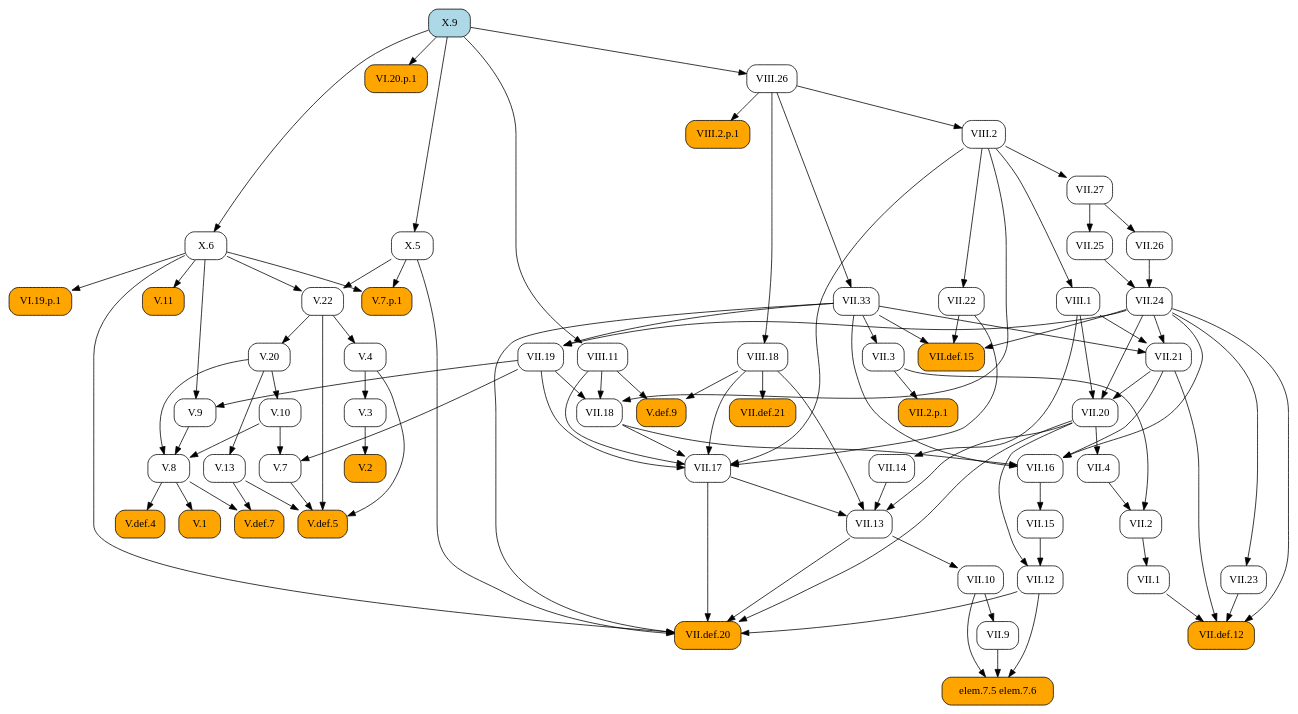
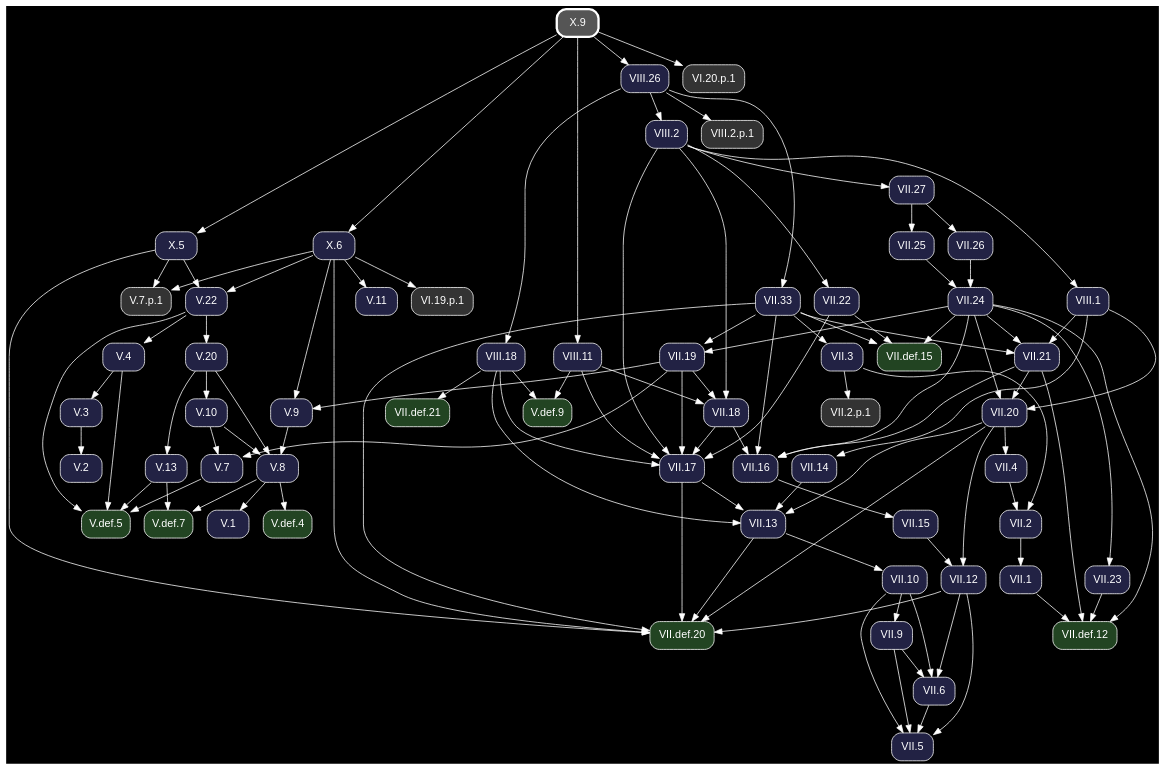
One commit to geometor/elements changed the diagram in docsrc/heath/X/9/index.rst. Above: the diagram before and after it, drawn with Graphviz. The commit also changed other lines of this file and 1200 other files, not shown here.

Commit message:
update dependency graphs

```diff
--- a/docsrc/heath/X/9/index.rst
+++ b/docsrc/heath/X/9/index.rst
@@ -76,117 +76,84 @@
 .. graphviz::
 
    digraph {
+     bgcolor="black";
+     node [shape=box, style="rounded,filled", fontname="Helvetica", color="white", fontcolor="white"];
+     edge [color="white", fontcolor="white"];
      rankdir="TB";
-     node [shape=box, style=rounded];
-     "VII.33" [URL="/heath/VII/33/", target="_top"];
-     "VII.12" [URL="/heath/VII/12/", target="_top"];
-     "elem.7.5 elem.7.6" [style="rounded,filled", fillcolor=orange];
-     "X.9" [style="rounded,filled", fillcolor=lightblue, URL="/heath/X/9/", target="_top"];
-     "VII.9" [URL="/heath/VII/9/", target="_top"];
-     "V.13" [URL="/heath/V/13/", target="_top"];
-     "VIII.2" [URL="/heath/VIII/2/", target="_top"];
-     "VII.18" [URL="/heath/VII/18/", target="_top"];
-     "VII.16" [URL="/heath/VII/16/", target="_top"];
-     "V.7" [URL="/heath/V/7/", target="_top"];
-     "V.7.p.1" [style="rounded,filled", fillcolor=orange];
-     "VII.26" [URL="/heath/VII/26/", target="_top"];
-     "V.def.5" [style="rounded,filled", fillcolor=orange, URL="/heath/V/def.5/", target="_top"];
-     "X.6" [URL="/heath/X/6/", target="_top"];
-     "V.9" [URL="/heath/V/9/", target="_top"];
-     "VII.10" [URL="/heath/VII/10/", target="_top"];
-     "VII.13" [URL="/heath/VII/13/", target="_top"];
-     "VIII.18" [URL="/heath/VIII/18/", target="_top"];
-     "V.10" [URL="/heath/V/10/", target="_top"];
-     "V.4" [URL="/heath/V/4/", target="_top"];
-     "VII.def.15" [style="rounded,filled", fillcolor=orange, URL="/heath/VII/def.15/", target="_top"];
-     "V.20" [URL="/heath/V/20/", target="_top"];
-     "VI.20.p.1" [style="rounded,filled", fillcolor=orange];
-     "V.11" [style="rounded,filled", fillcolor=orange, URL="/heath/V/11/", target="_top"];
-     "VIII.2.p.1" [style="rounded,filled", fillcolor=orange];
-     "VII.17" [URL="/heath/VII/17/", target="_top"];
-     "VIII.11" [URL="/heath/VIII/11/", target="_top"];
-     "VII.19" [URL="/heath/VII/19/", target="_top"];
-     "VII.def.20" [style="rounded,filled", fillcolor=orange, URL="/heath/VII/def.20/", target="_top"];
-     "VII.2" [URL="/heath/VII/2/", target="_top"];
-     "VII.15" [URL="/heath/VII/15/", target="_top"];
-     "VII.2.p.1" [style="rounded,filled", fillcolor=orange];
-     "V.def.4" [style="rounded,filled", fillcolor=orange, URL="/heath/V/def.4/", target="_top"];
-     "V.2" [style="rounded,filled", fillcolor=orange, URL="/heath/V/2/", target="_top"];
-     "V.def.7" [style="rounded,filled", fillcolor=orange, URL="/heath/V/def.7/", target="_top"];
-     "VII.14" [URL="/heath/VII/14/", target="_top"];
-     "V.3" [URL="/heath/V/3/", target="_top"];
-     "VII.27" [URL="/heath/VII/27/", target="_top"];
-     "X.5" [URL="/heath/X/5/", target="_top"];
-     "VII.21" [URL="/heath/VII/21/", target="_top"];
-     "VI.19.p.1" [style="rounded,filled", fillcolor=orange];
-     "VII.22" [URL="/heath/VII/22/", target="_top"];
-     "VII.25" [URL="/heath/VII/25/", target="_top"];
-     "VIII.1" [URL="/heath/VIII/1/", target="_top"];
-     "VII.1" [URL="/heath/VII/1/", target="_top"];
-     "V.8" [URL="/heath/V/8/", target="_top"];
-     "VII.23" [URL="/heath/VII/23/", target="_top"];
-     "VII.4" [URL="/heath/VII/4/", target="_top"];
-     "VII.20" [URL="/heath/VII/20/", target="_top"];
-     "VII.def.12" [style="rounded,filled", fillcolor=orange, URL="/heath/VII/def.12/", target="_top"];
-     "V.22" [URL="/heath/V/22/", target="_top"];
-     "V.1" [style="rounded,filled", fillcolor=orange, URL="/heath/V/1/", target="_top"];
-     "V.def.9" [style="rounded,filled", fillcolor=orange, URL="/heath/V/def.9/", target="_top"];
-     "VII.3" [URL="/heath/VII/3/", target="_top"];
-     "VII.24" [URL="/heath/VII/24/", target="_top"];
-     "VIII.26" [URL="/heath/VIII/26/", target="_top"];
-     "VII.def.21" [style="rounded,filled", fillcolor=orange, URL="/heath/VII/def.21/", target="_top"];
+     "VII.33" [fillcolor="#222244", URL="/heath/VII/33/", target="_top"];
+     "V.22" [fillcolor="#222244", URL="/heath/V/22/", target="_top"];
+     "V.def.5" [fillcolor="#224422", URL="/heath/V/def.5/", target="_top"];
+     "X.6" [fillcolor="#222244", URL="/heath/X/6/", target="_top"];
+     "V.def.9" [fillcolor="#224422", URL="/heath/V/def.9/", target="_top"];
+     "VII.18" [fillcolor="#222244", URL="/heath/VII/18/", target="_top"];
+     "VII.2" [fillcolor="#222244", URL="/heath/VII/2/", target="_top"];
+     "VIII.26" [fillcolor="#222244", URL="/heath/VIII/26/", target="_top"];
+     "VII.def.20" [fillcolor="#224422", URL="/heath/VII/def.20/", target="_top"];
+     "VII.26" [fillcolor="#222244", URL="/heath/VII/26/", target="_top"];
+     "VII.1" [fillcolor="#222244", URL="/heath/VII/1/", target="_top"];
+     "VII.13" [fillcolor="#222244", URL="/heath/VII/13/", target="_top"];
+     "VI.19.p.1" [fillcolor="#333333"];
+     "VIII.2.p.1" [fillcolor="#333333"];
+     "VII.27" [fillcolor="#222244", URL="/heath/VII/27/", target="_top"];
+     "VII.4" [fillcolor="#222244", URL="/heath/VII/4/", target="_top"];
+     "VII.25" [fillcolor="#222244", URL="/heath/VII/25/", target="_top"];
+     "V.4" [fillcolor="#222244", URL="/heath/V/4/", target="_top"];
+     "VII.14" [fillcolor="#222244", URL="/heath/VII/14/", target="_top"];
+     "VI.20.p.1" [fillcolor="#333333"];
+     "VII.21" [fillcolor="#222244", URL="/heath/VII/21/", target="_top"];
+     "VII.9" [fillcolor="#222244", URL="/heath/VII/9/", target="_top"];
+     "V.7" [fillcolor="#222244", URL="/heath/V/7/", target="_top"];
+     "VII.12" [fillcolor="#222244", URL="/heath/VII/12/", target="_top"];
+     "V.9" [fillcolor="#222244", URL="/heath/V/9/", target="_top"];
+     "VII.17" [fillcolor="#222244", URL="/heath/VII/17/", target="_top"];
+     "VII.24" [fillcolor="#222244", URL="/heath/VII/24/", target="_top"];
+     "VII.22" [fillcolor="#222244", URL="/heath/VII/22/", target="_top"];
+     "VIII.2" [fillcolor="#222244", URL="/heath/VIII/2/", target="_top"];
+     "V.11" [fillcolor="#222244", URL="/heath/V/11/", target="_top"];
+     "V.def.7" [fillcolor="#224422", URL="/heath/V/def.7/", target="_top"];
+     "VII.20" [fillcolor="#222244", URL="/heath/VII/20/", target="_top"];
+     "X.9" [penwidth=3, color="white", fillcolor="#555555", URL="/heath/X/9/", target="_top"];
+     "V.def.4" [fillcolor="#224422", URL="/heath/V/def.4/", target="_top"];
+     "VIII.18" [fillcolor="#222244", URL="/heath/VIII/18/", target="_top"];
+     "V.20" [fillcolor="#222244", URL="/heath/V/20/", target="_top"];
+     "VII.5" [fillcolor="#222244", URL="/heath/VII/5/", target="_top"];
+     "X.5" [fillcolor="#222244", URL="/heath/X/5/", target="_top"];
+     "VII.def.15" [fillcolor="#224422", URL="/heath/VII/def.15/", target="_top"];
+     "VII.2.p.1" [fillcolor="#333333"];
+     "VII.6" [fillcolor="#222244", URL="/heath/VII/6/", target="_top"];
+     "VII.16" [fillcolor="#222244", URL="/heath/VII/16/", target="_top"];
+     "VII.15" [fillcolor="#222244", URL="/heath/VII/15/", target="_top"];
+     "V.2" [fillcolor="#222244", URL="/heath/V/2/", target="_top"];
+     "V.1" [fillcolor="#222244", URL="/heath/V/1/", target="_top"];
+     "VII.10" [fillcolor="#222244", URL="/heath/VII/10/", target="_top"];
+     "VII.23" [fillcolor="#222244", URL="/heath/VII/23/", target="_top"];
+     "VII.def.12" [fillcolor="#224422", URL="/heath/VII/def.12/", target="_top"];
+     "VII.19" [fillcolor="#222244", URL="/heath/VII/19/", target="_top"];
+     "VII.def.21" [fillcolor="#224422", URL="/heath/VII/def.21/", target="_top"];
+     "VIII.1" [fillcolor="#222244", URL="/heath/VIII/1/", target="_top"];
+     "V.7.p.1" [fillcolor="#333333"];
+     "V.8" [fillcolor="#222244", URL="/heath/V/8/", target="_top"];
+     "V.13" [fillcolor="#222244", URL="/heath/V/13/", target="_top"];
+     "VII.3" [fillcolor="#222244", URL="/heath/VII/3/", target="_top"];
+     "V.3" [fillcolor="#222244", URL="/heath/V/3/", target="_top"];
+     "V.10" [fillcolor="#222244", URL="/heath/V/10/", target="_top"];
+     "VIII.11" [fillcolor="#222244", URL="/heath/VIII/11/", target="_top"];
      "VIII.26" -> "VII.33";
-     "VII.15" -> "VII.12";
-     "VII.20" -> "VII.12";
-     "VII.9" -> "elem.7.5 elem.7.6";
-     "VII.10" -> "elem.7.5 elem.7.6";
-     "VII.12" -> "elem.7.5 elem.7.6";
-     "VII.10" -> "VII.9";
-     "V.20" -> "V.13";
-     "VIII.26" -> "VIII.2";
-     "VII.19" -> "VII.18";
-     "VIII.2" -> "VII.18";
-     "VIII.11" -> "VII.18";
-     "VII.18" -> "VII.16";
-     "VII.21" -> "VII.16";
-     "VII.24" -> "VII.16";
-     "VII.33" -> "VII.16";
-     "V.10" -> "V.7";
-     "VII.19" -> "V.7";
-     "X.5" -> "V.7.p.1";
-     "X.6" -> "V.7.p.1";
-     "VII.27" -> "VII.26";
+     "X.5" -> "V.22";
+     "X.6" -> "V.22";
      "V.4" -> "V.def.5";
      "V.7" -> "V.def.5";
      "V.13" -> "V.def.5";
      "V.22" -> "V.def.5";
      "X.9" -> "X.6";
-     "VII.19" -> "V.9";
-     "X.6" -> "V.9";
-     "VII.13" -> "VII.10";
-     "VII.14" -> "VII.13";
-     "VII.17" -> "VII.13";
-     "VII.20" -> "VII.13";
-     "VIII.18" -> "VII.13";
-     "VIII.26" -> "VIII.18";
-     "V.20" -> "V.10";
-     "V.22" -> "V.4";
-     "VII.22" -> "VII.def.15";
-     "VII.24" -> "VII.def.15";
-     "VII.33" -> "VII.def.15";
-     "V.22" -> "V.20";
-     "X.9" -> "VI.20.p.1";
-     "X.6" -> "V.11";
-     "VIII.26" -> "VIII.2.p.1";
-     "VII.18" -> "VII.17";
-     "VII.19" -> "VII.17";
-     "VII.22" -> "VII.17";
-     "VIII.2" -> "VII.17";
-     "VIII.11" -> "VII.17";
-     "VIII.18" -> "VII.17";
-     "X.9" -> "VIII.11";
-     "VII.24" -> "VII.19";
-     "VII.33" -> "VII.19";
+     "VIII.11" -> "V.def.9";
+     "VIII.18" -> "V.def.9";
+     "VII.19" -> "VII.18";
+     "VIII.2" -> "VII.18";
+     "VIII.11" -> "VII.18";
+     "VII.3" -> "VII.2";
+     "VII.4" -> "VII.2";
+     "X.9" -> "VIII.26";
      "VII.12" -> "VII.def.20";
      "VII.13" -> "VII.def.20";
      "VII.17" -> "VII.def.20";
@@ -194,46 +161,86 @@
      "VII.33" -> "VII.def.20";
      "X.5" -> "VII.def.20";
      "X.6" -> "VII.def.20";
-     "VII.3" -> "VII.2";
-     "VII.4" -> "VII.2";
-     "VII.16" -> "VII.15";
-     "VII.3" -> "VII.2.p.1";
-     "V.8" -> "V.def.4";
-     "V.3" -> "V.2";
-     "V.8" -> "V.def.7";
-     "V.13" -> "V.def.7";
+     "VII.27" -> "VII.26";
+     "VII.2" -> "VII.1";
+     "VII.14" -> "VII.13";
+     "VII.17" -> "VII.13";
+     "VII.20" -> "VII.13";
+     "VIII.18" -> "VII.13";
+     "X.6" -> "VI.19.p.1";
+     "VIII.26" -> "VIII.2.p.1";
+     "VIII.2" -> "VII.27";
+     "VII.20" -> "VII.4";
+     "VII.27" -> "VII.25";
+     "V.22" -> "V.4";
      "VIII.1" -> "VII.14";
-     "V.4" -> "V.3";
-     "VIII.2" -> "VII.27";
-     "X.9" -> "X.5";
+     "X.9" -> "VI.20.p.1";
      "VII.24" -> "VII.21";
      "VII.33" -> "VII.21";
      "VIII.1" -> "VII.21";
-     "X.6" -> "VI.19.p.1";
+     "VII.10" -> "VII.9";
+     "V.10" -> "V.7";
+     "VII.19" -> "V.7";
+     "VII.15" -> "VII.12";
+     "VII.20" -> "VII.12";
+     "VII.19" -> "V.9";
+     "X.6" -> "V.9";
+     "VII.18" -> "VII.17";
+     "VII.19" -> "VII.17";
+     "VII.22" -> "VII.17";
+     "VIII.2" -> "VII.17";
+     "VIII.11" -> "VII.17";
+     "VIII.18" -> "VII.17";
+     "VII.25" -> "VII.24";
+     "VII.26" -> "VII.24";
      "VIII.2" -> "VII.22";
-     "VII.27" -> "VII.25";
-     "VIII.2" -> "VIII.1";
-     "VII.2" -> "VII.1";
-     "V.9" -> "V.8";
-     "V.10" -> "V.8";
-     "V.20" -> "V.8";
-     "VII.24" -> "VII.23";
-     "VII.20" -> "VII.4";
+     "VIII.26" -> "VIII.2";
+     "X.6" -> "V.11";
+     "V.8" -> "V.def.7";
+     "V.13" -> "V.def.7";
      "VII.21" -> "VII.20";
      "VII.24" -> "VII.20";
      "VIII.1" -> "VII.20";
+     "V.8" -> "V.def.4";
+     "VIII.26" -> "VIII.18";
+     "V.22" -> "V.20";
+     "VII.6" -> "VII.5";
+     "VII.9" -> "VII.5";
+     "VII.10" -> "VII.5";
+     "VII.12" -> "VII.5";
+     "X.9" -> "X.5";
+     "VII.22" -> "VII.def.15";
+     "VII.24" -> "VII.def.15";
+     "VII.33" -> "VII.def.15";
+     "VII.3" -> "VII.2.p.1";
+     "VII.9" -> "VII.6";
+     "VII.10" -> "VII.6";
+     "VII.12" -> "VII.6";
+     "VII.18" -> "VII.16";
+     "VII.21" -> "VII.16";
+     "VII.24" -> "VII.16";
+     "VII.33" -> "VII.16";
+     "VII.16" -> "VII.15";
+     "V.3" -> "V.2";
+     "V.8" -> "V.1";
+     "VII.13" -> "VII.10";
+     "VII.24" -> "VII.23";
      "VII.1" -> "VII.def.12";
      "VII.21" -> "VII.def.12";
      "VII.23" -> "VII.def.12";
      "VII.24" -> "VII.def.12";
-     "X.5" -> "V.22";
-     "X.6" -> "V.22";
-     "V.8" -> "V.1";
-     "VIII.11" -> "V.def.9";
-     "VIII.18" -> "V.def.9";
+     "VII.24" -> "VII.19";
+     "VII.33" -> "VII.19";
+     "VIII.18" -> "VII.def.21";
+     "VIII.2" -> "VIII.1";
+     "X.5" -> "V.7.p.1";
+     "X.6" -> "V.7.p.1";
+     "V.9" -> "V.8";
+     "V.10" -> "V.8";
+     "V.20" -> "V.8";
+     "V.20" -> "V.13";
      "VII.33" -> "VII.3";
-     "VII.25" -> "VII.24";
-     "VII.26" -> "VII.24";
-     "X.9" -> "VIII.26";
-     "VIII.18" -> "VII.def.21";
+     "V.4" -> "V.3";
+     "V.20" -> "V.10";
+     "X.9" -> "VIII.11";
    }
```
